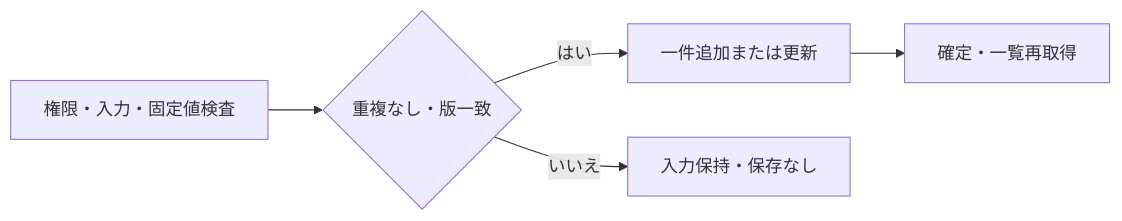
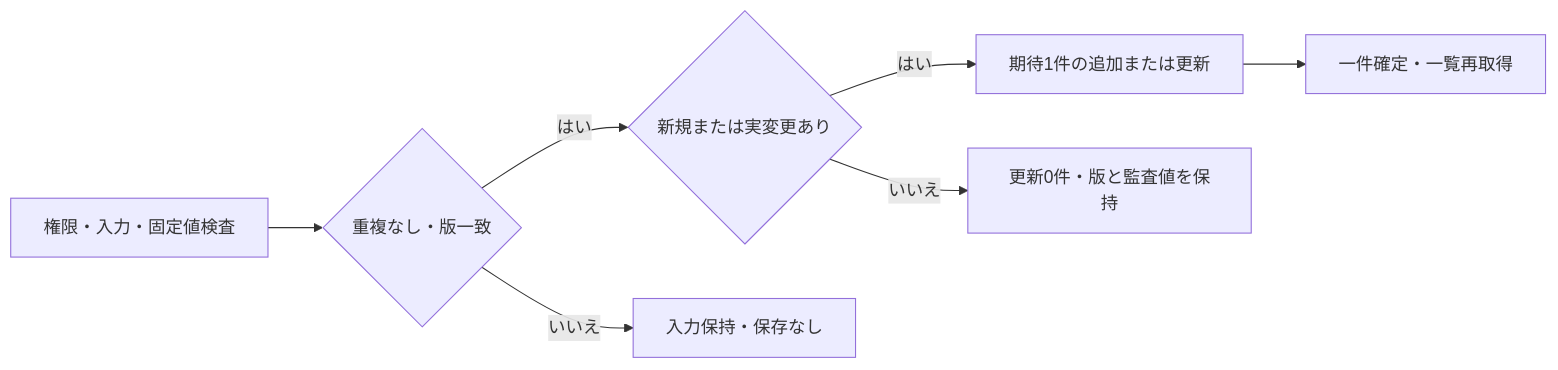
The third of 5 diagrams in sample-project2/spec/Access/基本設計書/06_汎用コードマスタ画面.md (tujinrong/contextbase-evaluation), drawn with Mermaid before and after one commit. The commit also changed other lines of this file and 132 other files, not shown here.

````diff
--- a/sample-project2/spec/Access/基本設計書/06_汎用コードマスタ画面.md
+++ b/sample-project2/spec/Access/基本設計書/06_汎用コードマスタ画面.md
@@ -102,6 +117,8 @@
 ```mermaid
 flowchart LR
  A[権限・入力・固定値検査] --> B{重複なし・版一致}
- B -->|はい| C[一件追加または更新] --> D[確定・一覧再取得]
+ B -->|はい| F{新規または実変更あり}
+ F -->|はい| C[期待1件の追加または更新] --> D[一件確定・一覧再取得]
+ F -->|いいえ| G[更新0件・版と監査値を保持]
  B -->|いいえ| E[入力保持・保存なし]
 ```
````
